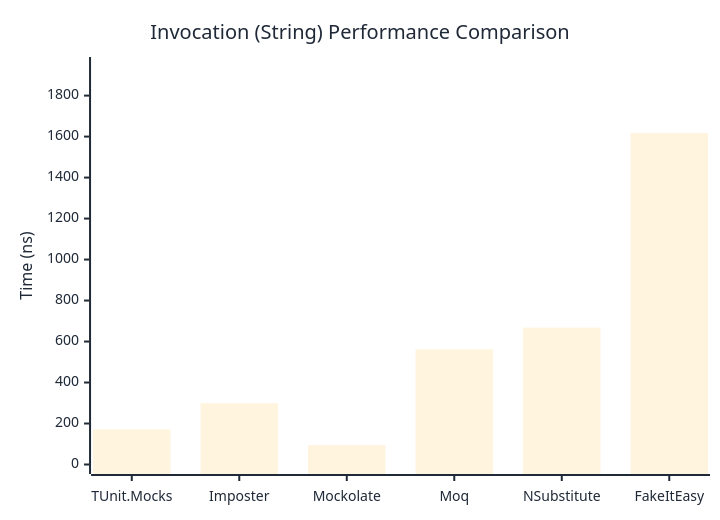
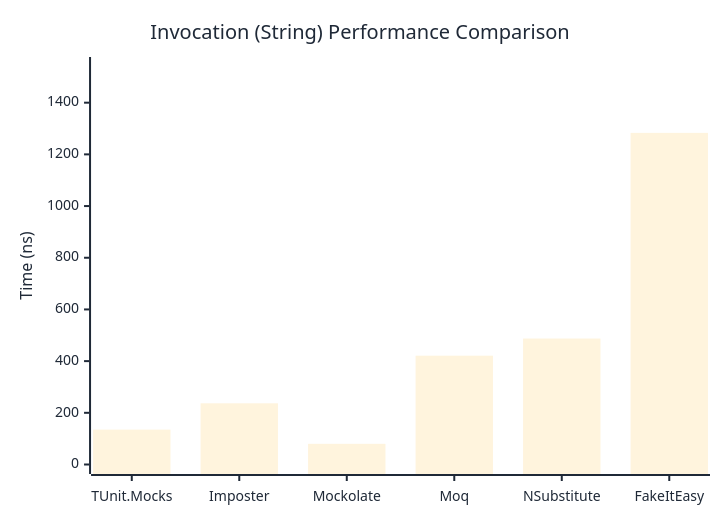
One commit to thomhurst/TUnit changed the second of 3 diagrams in docs/docs/benchmarks/mocks/Invocation.md. Above: the diagram before and after it, drawn with Mermaid. The commit also changed other lines of this file and 14 other files, not shown here.

````diff
--- a/docs/docs/benchmarks/mocks/Invocation.md
+++ b/docs/docs/benchmarks/mocks/Invocation.md
@@ -71,27 +71,27 @@
 ```mermaid
 %%{init: {
   'theme':'base',
   'themeVariables': {
     'primaryColor': '#2563eb',
     'primaryTextColor': '#1f2937',
     'primaryBorderColor': '#1e40af',
     'lineColor': '#6b7280',
     'secondaryColor': '#7c3aed',
     'tertiaryColor': '#dc2626',
     'background': '#ffffff',
     'pie1': '#2563eb',
     'pie2': '#7c3aed',
     'pie3': '#dc2626',
     'pie4': '#f59e0b',
     'pie5': '#10b981',
     'pie6': '#06b6d4',
     'pie7': '#ec4899',
     'pie8': '#6366f1'
   }
 }}%%
 xychart-beta
   title "Invocation (String) Performance Comparison"
   x-axis ["TUnit.Mocks", "Imposter", "Mockolate", "Moq", "NSubstitute", "FakeItEasy"]
-  y-axis "Time (ns)" 0 --> 1942
-  bar [171.11, 298.89, 94.42, 562.45, 667.74, 1617.52]
+  y-axis "Time (ns)" 0 --> 1540
+  bar [134.95, 236.79, 79.97, 421.07, 487.39, 1283.19]
 ```
````
